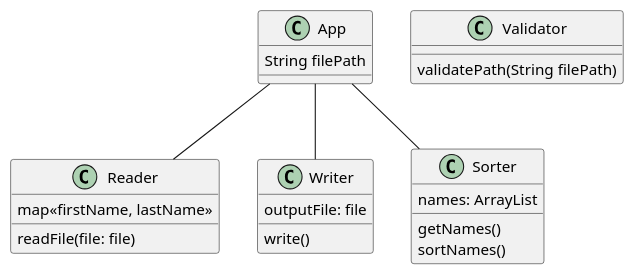
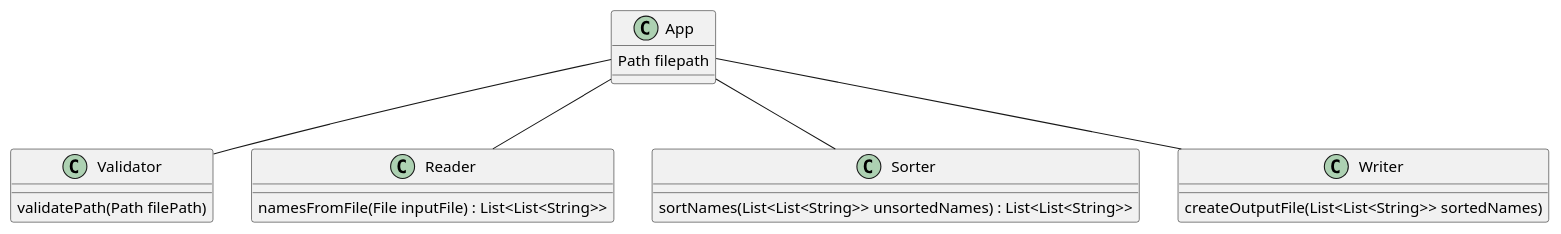
One commit to UrsulaShaw/shaw-cop3330-assignment3 changed the diagram in src/main/java/ex41/base/NameSorter.puml. Above: the diagram before and after it, drawn with PlantUML. The commit also changed 1 other file, not shown here.

```diff
--- a/src/main/java/ex41/base/NameSorter.puml
+++ b/src/main/java/ex41/base/NameSorter.puml
@@ -1,40 +1,34 @@
 @startuml
 'https://plantuml.com/sequence-diagram
 
 Class App {
-    String filePath
+    Path filepath
 
 }
 
 Class Validator {
-    validatePath(String filePath)
+    validatePath(Path filePath)
 }
 
 Class Reader {
-    readFile(file: file)
-    map<<firstName, lastName>>
-
+    namesFromFile(File inputFile) : List<List<String>>
 }
 
+Class Sorter {
+    sortNames(List<List<String>> unsortedNames) : List<List<String>>
+}
 Class Writer {
-    outputFile: file
-    write()
-
+    createOutputFile(List<List<String>> sortedNames)
 }
 
 
-Class Sorter {
-    names: ArrayList
 
-    getNames()
-    sortNames()
-
-}
 
 App -- Reader
 App -- Writer
 App -- Sorter
+App -- Validator
 
 
 
 @enduml
```
